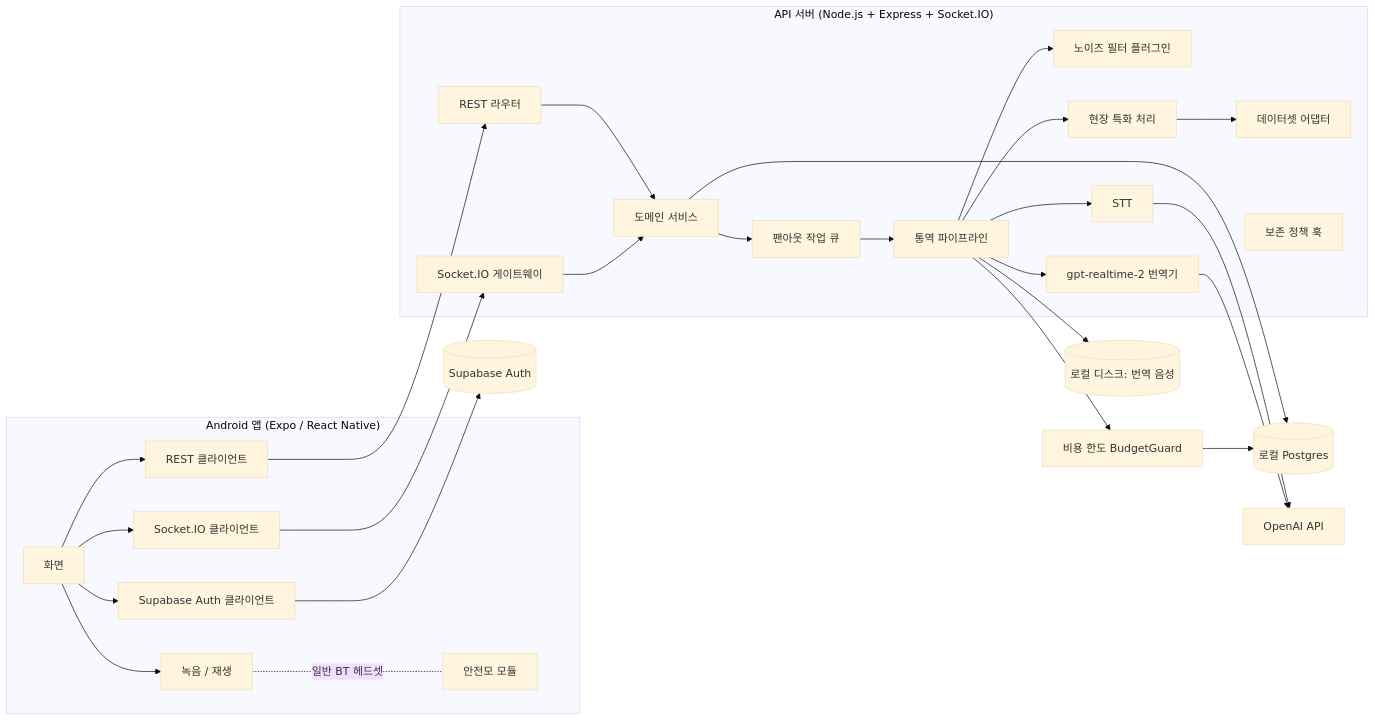
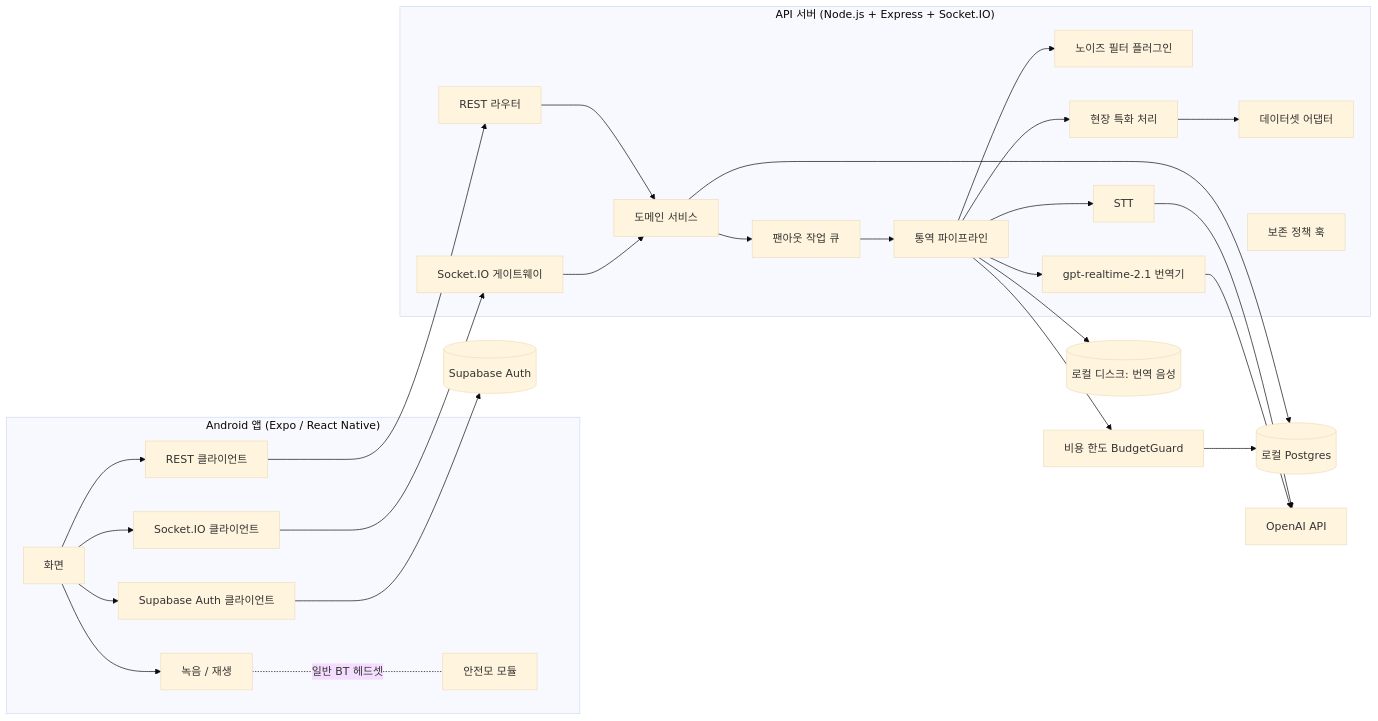
The first of 2 diagrams in docs/architecture.md (jang-tang/SYNCREW), drawn with Mermaid (base theme) before and after one commit. The commit also changed other lines of this file and 44 other files, not shown here.

````diff
--- a/docs/architecture.md
+++ b/docs/architecture.md
@@ -5,31 +5,31 @@
 ```mermaid
 flowchart LR
   subgraph Phone["Android 앱 (Expo / React Native)"]
     UI[화면] --> SB[Supabase Auth 클라이언트]
     UI --> API[REST 클라이언트]
     UI --> RT[Socket.IO 클라이언트]
     UI --> AU[녹음 / 재생]
     AU -. 일반 BT 헤드셋 .- HM[안전모 모듈]
   end
   subgraph Server["API 서버 (Node.js + Express + Socket.IO)"]
     REST[REST 라우터] --> SVC[도메인 서비스]
     WS[Socket.IO 게이트웨이] --> SVC
     SVC --> Q[팬아웃 작업 큐]
     Q --> PIPE[통역 파이프라인]
     PIPE --> NF[노이즈 필터 플러그인]
     PIPE --> STT[STT]
     PIPE --> DOM[현장 특화 처리]
     DOM --> DS[데이터셋 어댑터]
-    PIPE --> TR[gpt-realtime-2 번역기]
+    PIPE --> TR[gpt-realtime-2.1 번역기]
     RET[보존 정책 훅]
   end
   SB --> SA[(Supabase Auth)]
   API --> REST
   RT --> WS
   SVC --> DB[(로컬 Postgres)]
   PIPE --> ST[(로컬 디스크: 번역 음성)]
   PIPE --> BG[비용 한도 BudgetGuard]
   BG --> DB
   STT --> OAI[OpenAI API]
   TR --> OAI
 ```
````
